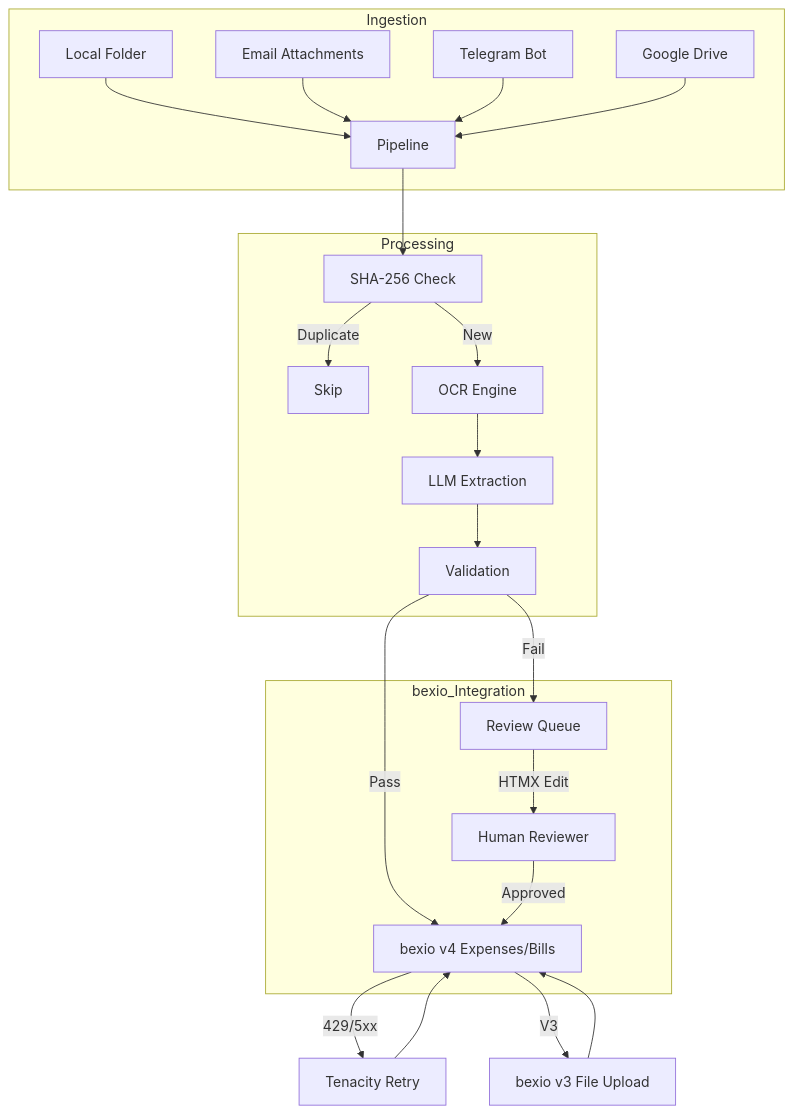
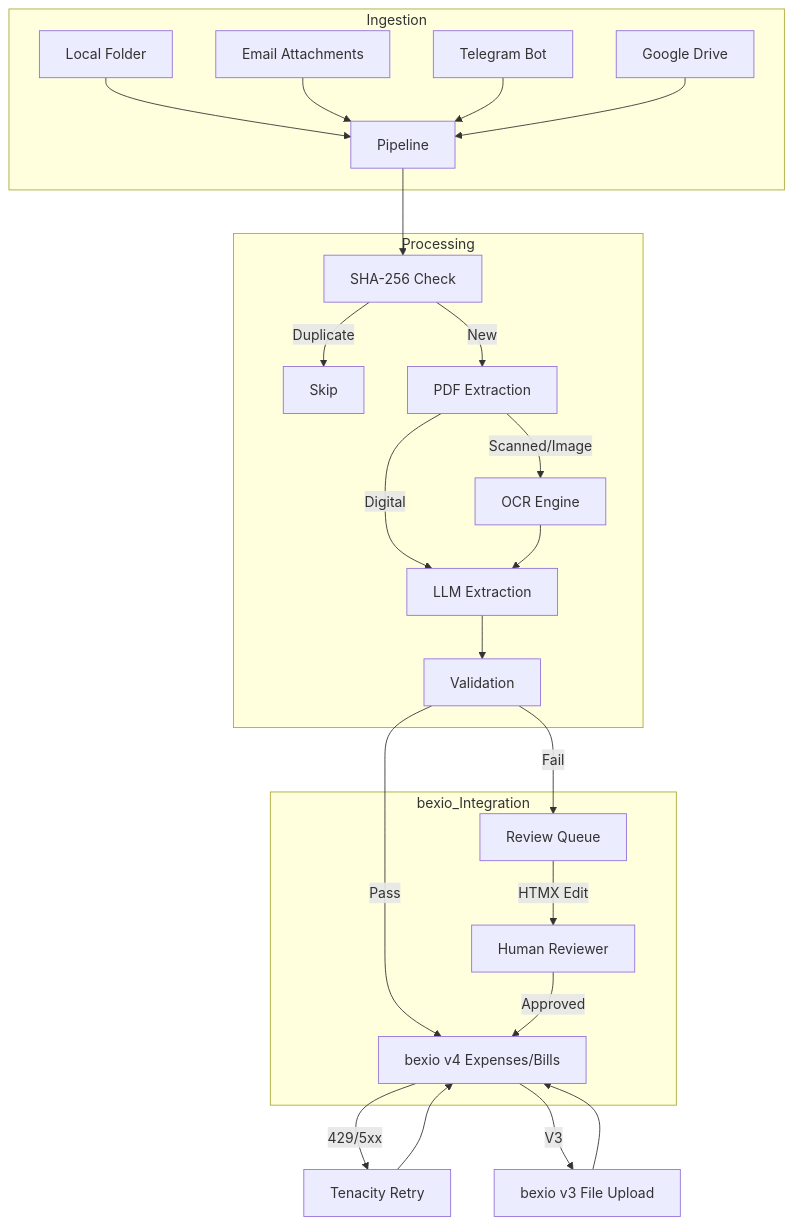
One commit to tazztone/bexio-receipts changed the diagram in docs/ARCHITECTURE.md. Above: the diagram before and after it, drawn with Mermaid. The commit also changed other lines of this file and 21 other files, not shown here.

````diff
--- a/docs/ARCHITECTURE.md
+++ b/docs/ARCHITECTURE.md
@@ -8,29 +8,31 @@
 ```mermaid
 graph TD
     subgraph Ingestion
         WatchedDir[Local Folder] --> P[Pipeline]
         IMAP[Email Attachments] --> P
         Telegram[Telegram Bot] --> P
         GDrive[Google Drive] --> P
     end
 
     subgraph Processing
         P --> DB_Hash[SHA-256 Check]
         DB_Hash -- Duplicate --> Skip[Skip]
-        DB_Hash -- New --> OCR[OCR Engine]
-        OCR --> LLM[LLM Extraction]
+        DB_Hash -- New --> PDF_Check[PDF Extraction]
+        PDF_Check -- Scanned/Image --> OCR[OCR Engine]
+        PDF_Check -- Digital --> LLM[LLM Extraction]
+        OCR --> LLM
         LLM --> VAL[Validation]
     end
 
     subgraph bexio_Integration
         VAL -- Pass --> BEX_V4[bexio v4 Expenses/Bills]
         VAL -- Fail --> Review[Review Queue]
         Review -- HTMX Edit --> Human[Human Reviewer]
         Human -- Approved --> BEX_V4
     end
 
     BEX_V4 -- 429/5xx --> Retry[Tenacity Retry]
     Retry --> BEX_V4
     BEX_V4 -- V3 --> Upload[bexio v3 File Upload]
     Upload --> BEX_V4
 ```
````
